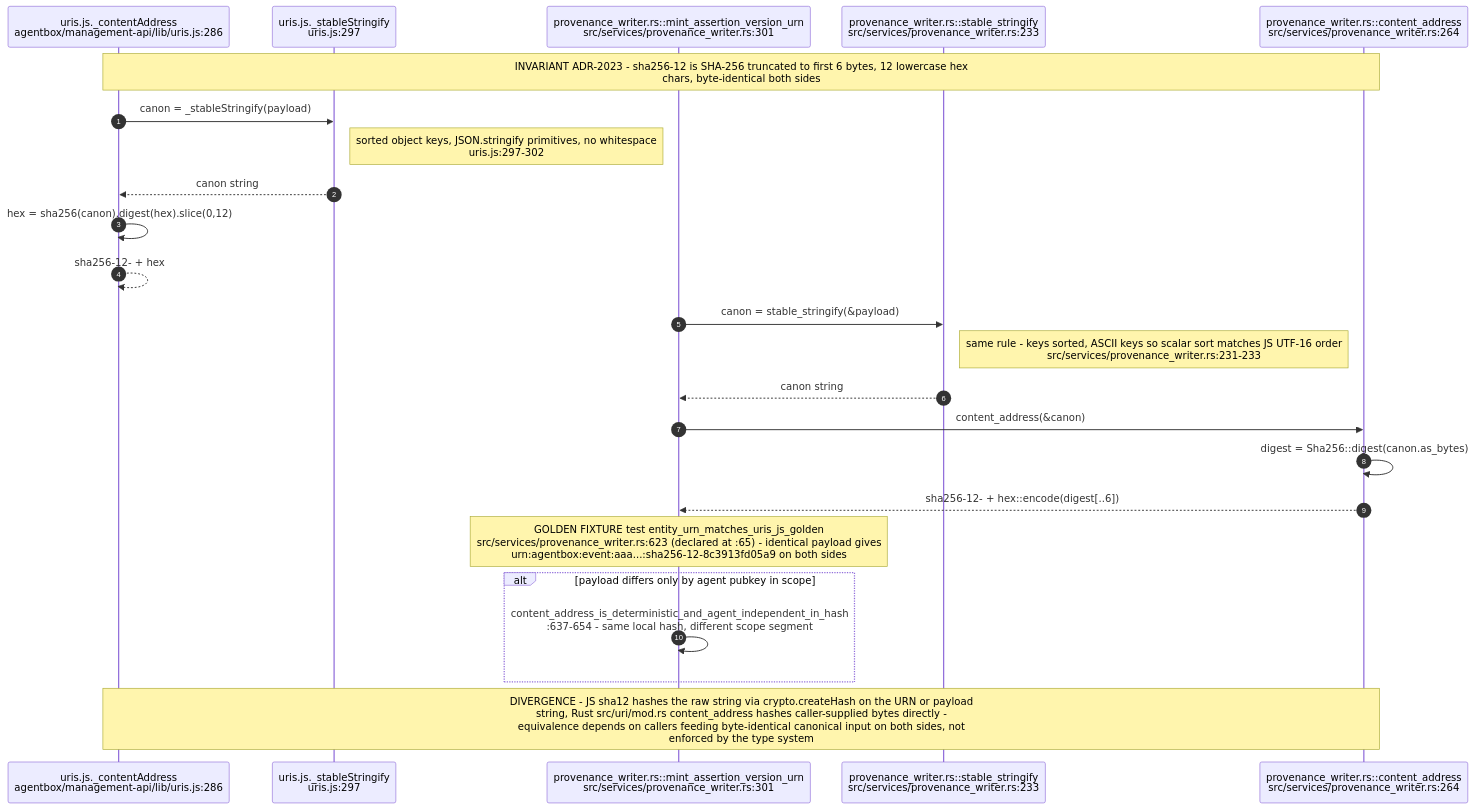
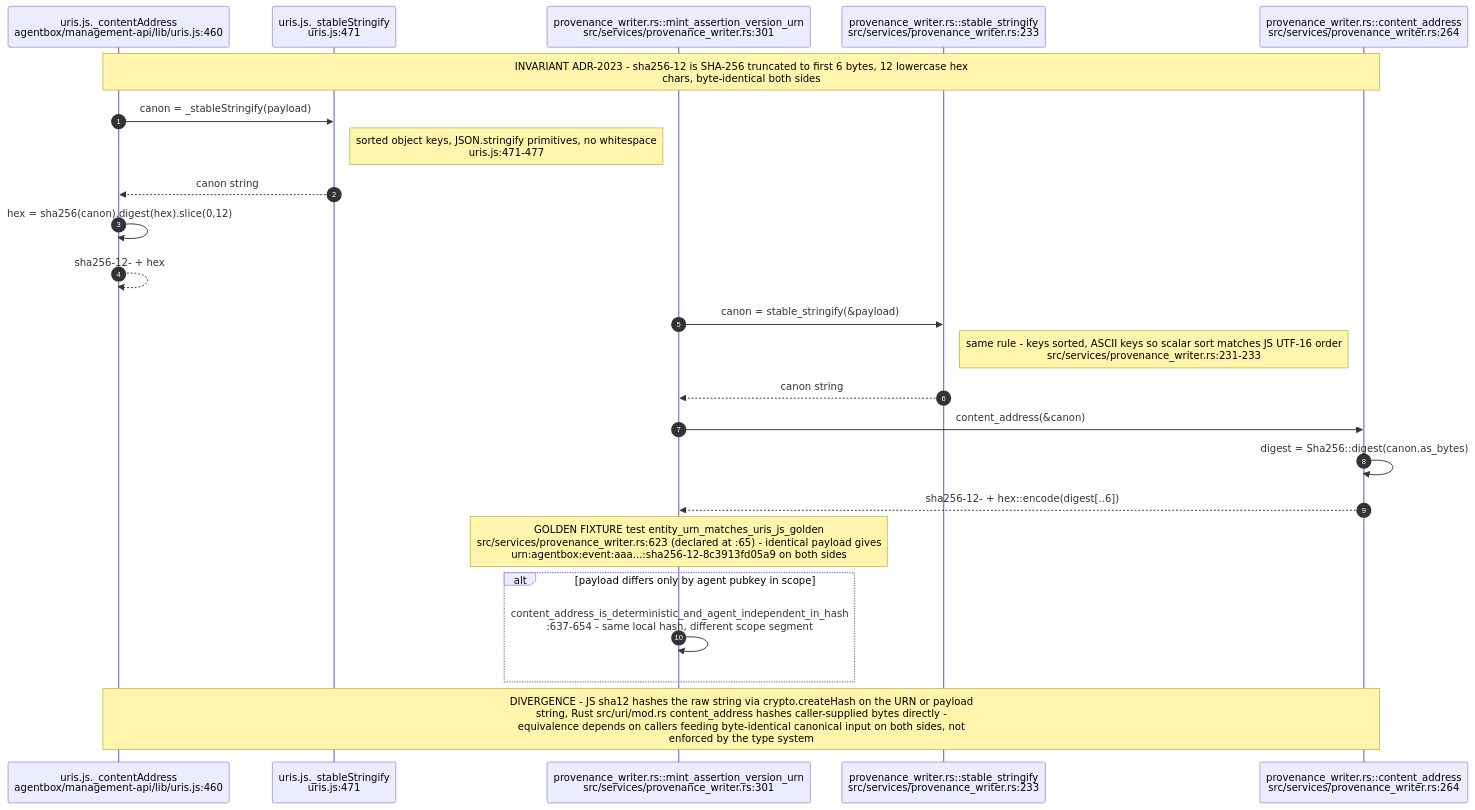
One commit to DreamLab-AI/VisionFlow changed the sixth of 12 diagrams in docs/diagrams/estate/03-cross-repo-federation-contract.md. Above: the diagram before and after it, drawn with Mermaid. The commit also changed other lines of this file and 111 other files, not shown here.

Commit message:
docs(diagrams): align estate maps with current source

````diff
--- a/docs/diagrams/estate/03-cross-repo-federation-contract.md
+++ b/docs/diagrams/estate/03-cross-repo-federation-contract.md
@@ -233,26 +235,26 @@
 ```mermaid
 sequenceDiagram
     autonumber
-    participant JSC as uris.js._contentAddress<br/>agentbox/management-api/lib/uris.js:286
-    participant JSS as uris.js._stableStringify<br/>uris.js:297
+    participant JSC as uris.js._contentAddress<br/>agentbox/management-api/lib/uris.js:460
+    participant JSS as uris.js._stableStringify<br/>uris.js:471
     participant RSW as provenance_writer.rs::mint_assertion_version_urn<br/>src/services/provenance_writer.rs:301
     participant RSS as provenance_writer.rs::stable_stringify<br/>src/services/provenance_writer.rs:233
     participant RSC as provenance_writer.rs::content_address<br/>src/services/provenance_writer.rs:264
     Note over JSC,RSC: INVARIANT ADR-2023 - sha256-12 is SHA-256 truncated to first 6 bytes, 12 lowercase hex<br/>chars, byte-identical both sides
     JSC->>JSS: canon = _stableStringify(payload)
-    Note right of JSS: sorted object keys, JSON.stringify primitives, no whitespace<br/>uris.js:297-302
+    Note right of JSS: sorted object keys, JSON.stringify primitives, no whitespace<br/>uris.js:471-477
     JSS-->>JSC: canon string
     JSC->>JSC: hex = sha256(canon).digest(hex).slice(0,12)
     JSC-->>JSC: sha256-12- + hex
     RSW->>RSS: canon = stable_stringify(&payload)
     Note right of RSS: same rule - keys sorted, ASCII keys so scalar sort matches JS UTF-16 order<br/>src/services/provenance_writer.rs:231-233
     RSS-->>RSW: canon string
     RSW->>RSC: content_address(&canon)
     RSC->>RSC: digest = Sha256::digest(canon.as_bytes)
     RSC-->>RSW: sha256-12- + hex::encode(digest[..6])
     Note over RSW: GOLDEN FIXTURE test entity_urn_matches_uris_js_golden<br/>src/services/provenance_writer.rs:623 (declared at :65) - identical payload gives<br/>urn:agentbox:event:aaa...:sha256-12-8c3913fd05a9 on both sides
     alt payload differs only by agent pubkey in scope
         RSW->>RSW: content_address_is_deterministic_and_agent_independent_in_hash<br/>:637-654 - same local hash, different scope segment
     end
     Note over JSC,RSC: DIVERGENCE - JS sha12 hashes the raw string via crypto.createHash on the URN or payload<br/>string, Rust src/uri/mod.rs content_address hashes caller-supplied bytes directly -<br/>equivalence depends on callers feeding byte-identical canonical input on both sides, not<br/>enforced by the type system
 ```
````
